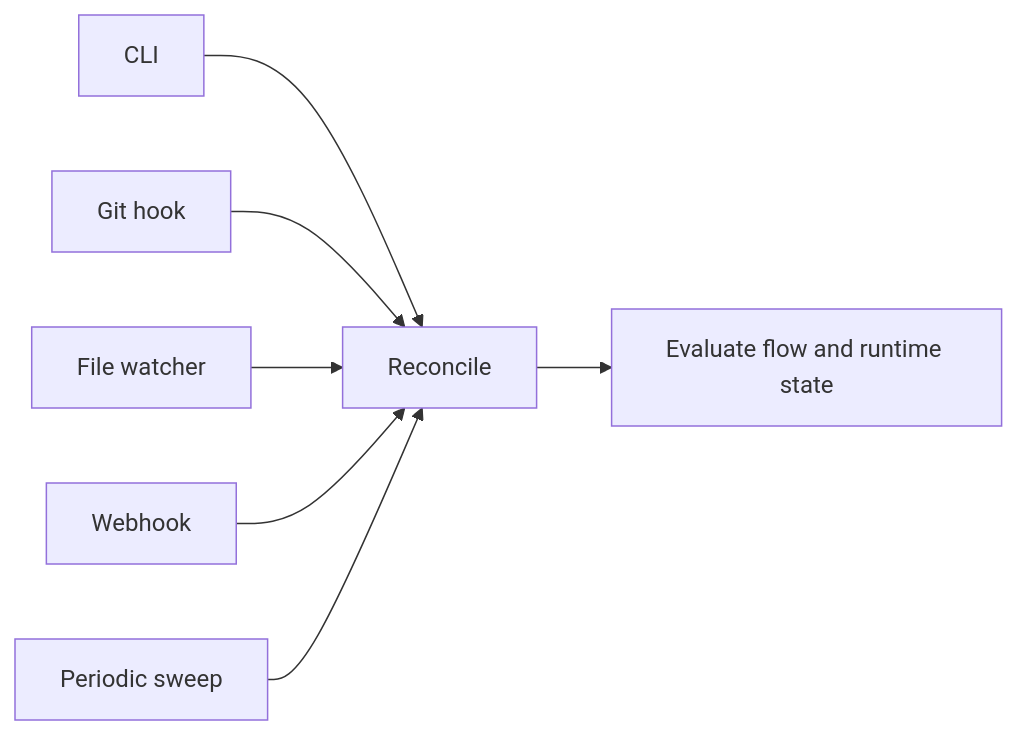
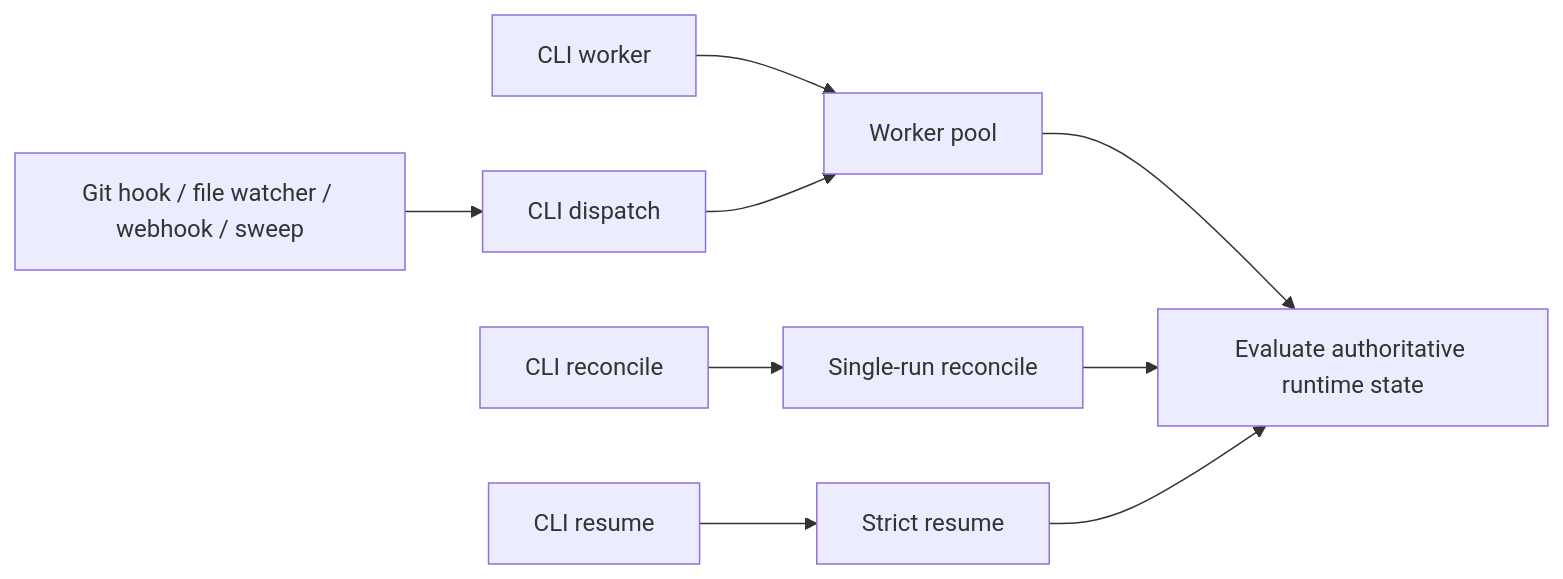
One commit to mantoni/pravaha changed the diagram in docs/reference/runtime/trigger-catalog.md. Above: the diagram before and after it, drawn with Mermaid. The commit also changed other lines of this file and 2 other files, not shown here.

Commit message:
Harden local dispatch worker observability

````diff
--- a/docs/reference/runtime/trigger-catalog.md
+++ b/docs/reference/runtime/trigger-catalog.md
@@ -44,9 +49,11 @@
 ```mermaid
 graph LR
-  A["CLI"] --> E["Reconcile"]
-  B["Git hook"] --> E
-  C["File watcher"] --> E
-  D["Webhook"] --> E
-  F["Periodic sweep"] --> E
-  E --> G["Evaluate flow and runtime state"]
+  A["CLI worker"] --> G["Worker pool"]
+  B["CLI dispatch"] --> G
+  C["CLI reconcile"] --> F["Single-run reconcile"]
+  D["CLI resume"] --> H["Strict resume"]
+  E["Git hook / file watcher / webhook / sweep"] --> B
+  G --> I["Evaluate authoritative runtime state"]
+  F --> I
+  H --> I
 ```
````
